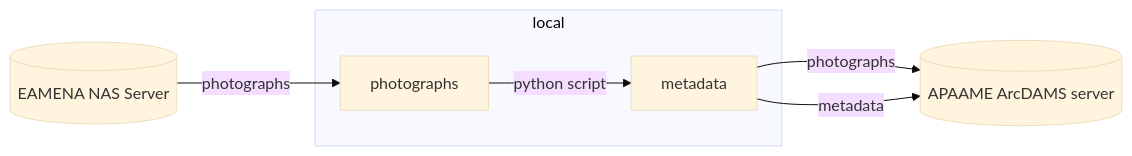
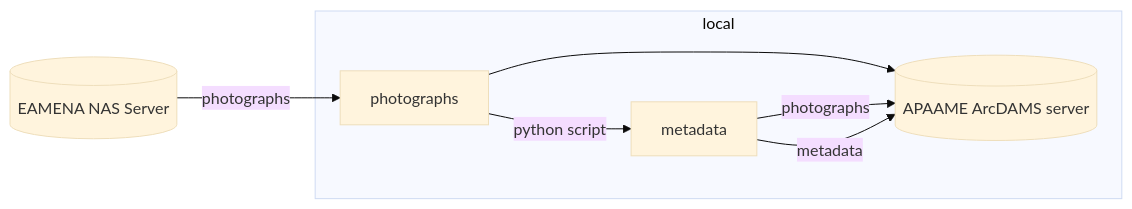
One commit to eamena-project/eamena-arches-dev changed the diagram in projects/apaame-photos/README.md. Above: the diagram before and after it, drawn with Mermaid (base theme).

Commit message:
exif+xmp

````diff
--- a/projects/apaame-photos/README.md
+++ b/projects/apaame-photos/README.md
@@ -7,9 +7,10 @@
 ```mermaid
 flowchart LR
     A[(EAMENA NAS Server)] --photographs--> B[photographs];
     subgraph local
     B --python script--> C[metadata];
+    B --> D[(APAAME ArcDAMS server)];
     end
     C --photographs--> D[(APAAME ArcDAMS server)]; 
     C --metadata--> D[(APAAME ArcDAMS server)]; 
 ```
````
